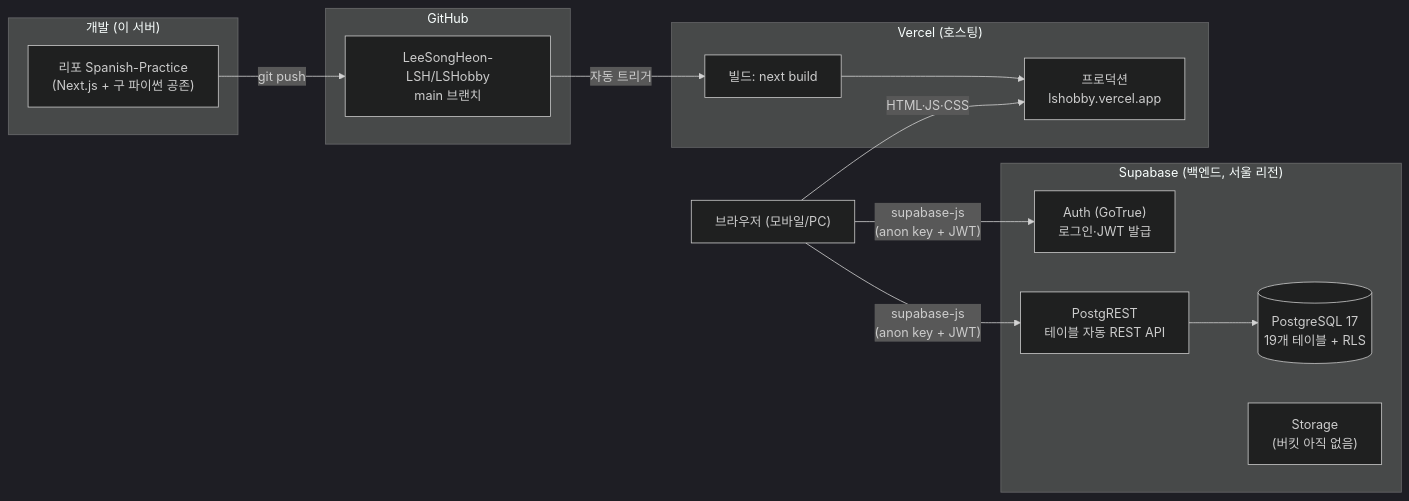
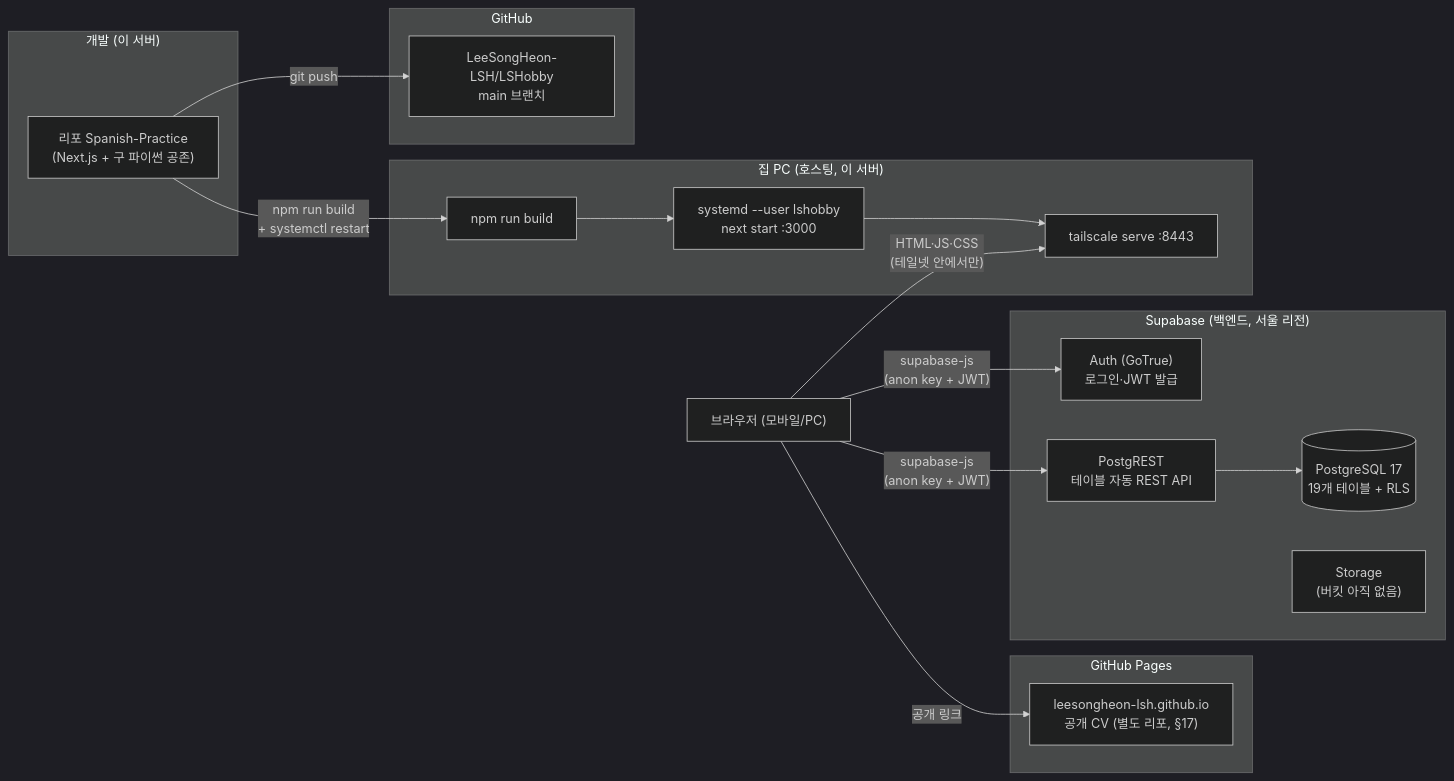
Before and after one commit to LeeSongHeon-LSH/LSHobby: the first of 3 diagrams in docs/16-infra.md, drawn with Mermaid (dark theme). The commit also changed other lines of this file and 26 other files, not shown here.

First line of the commit message:
CV 모듈 분리 + Vercel → 집 PC 로컬 호스팅 전환 (#73)

````diff
--- a/docs/16-infra.md
+++ b/docs/16-infra.md
@@ -9,25 +9,31 @@
 ```mermaid
 flowchart LR
     subgraph dev["개발 (이 서버)"]
         CODE["리포 Spanish-Practice<br/>(Next.js + 구 파이썬 공존)"]
     end
     subgraph gh["GitHub"]
         REPO["LeeSongHeon-LSH/LSHobby<br/>main 브랜치"]
     end
-    subgraph vercel["Vercel (호스팅)"]
-        BUILD["빌드: next build"]
-        PROD["프로덕션<br/>lshobby.vercel.app"]
+    subgraph home["집 PC (호스팅, 이 서버)"]
+        BUILD["npm run build"]
+        PROD["systemd --user lshobby<br/>next start :3000"]
+        TS["tailscale serve :8443"]
+    end
+    subgraph pages["GitHub Pages"]
+        CV["leesongheon-lsh.github.io<br/>공개 CV (별도 리포, §17)"]
     end
     subgraph supa["Supabase (백엔드, 서울 리전)"]
         AUTH["Auth (GoTrue)<br/>로그인·JWT 발급"]
         REST["PostgREST<br/>테이블 자동 REST API"]
         DB[("PostgreSQL 17<br/>19개 테이블 + RLS")]
         STG["Storage<br/>(버킷 아직 없음)"]
     end
     U["브라우저 (모바일/PC)"]
 
-    CODE -- git push --> REPO -- 자동 트리거 --> BUILD --> PROD
-    U -- HTML·JS·CSS --> PROD
+    CODE -- git push --> REPO
+    CODE -- npm run build<br/>+ systemctl restart --> BUILD --> PROD --> TS
+    U -- "HTML·JS·CSS<br/>(테일넷 안에서만)" --> TS
     U -- supabase-js<br/>(anon key + JWT) --> AUTH & REST
     REST --> DB
+    U -- 공개 링크 --> CV
 ```
````
